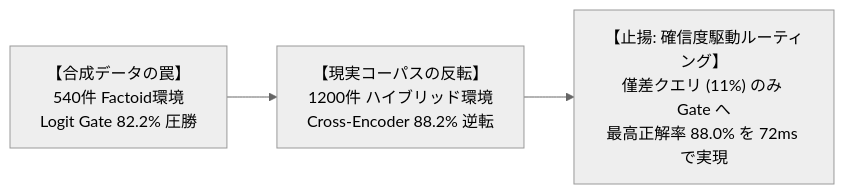
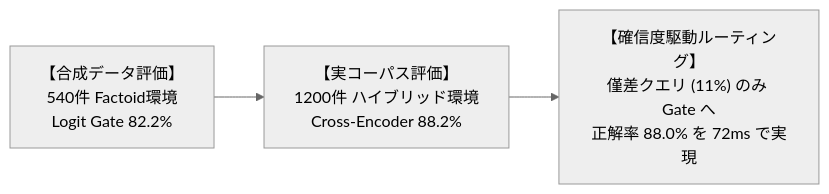
One commit to chottokun/embedding_jp_api changed the first of 2 diagrams in docs/infrastructure/benchmark_cascade_ruri_vs_embeddinggemma.md. Above: the diagram before and after it, drawn with Mermaid (neutral theme). The commit also changed other lines of this file and 6 other files, not shown here.

````diff
--- a/docs/infrastructure/benchmark_cascade_ruri_vs_embeddinggemma.md
+++ b/docs/infrastructure/benchmark_cascade_ruri_vs_embeddinggemma.md
@@ -42,5 +42,5 @@
 ```mermaid
 graph LR
-    A["【合成データの罠】<br/>540件 Factoid環境<br/>Logit Gate 82.2% 圧勝"] --> B["【現実コーパスの反転】<br/>1200件 ハイブリッド環境<br/>Cross-Encoder 88.2% 逆転"]
-    B --> C["【止揚: 確信度駆動ルーティング】<br/>僅差クエリ (11%) のみ Gate へ<br/>最高正解率 88.0% を 72ms で実現"]
+    A["【合成データ評価】<br/>540件 Factoid環境<br/>Logit Gate 82.2%"] --> B["【実コーパス評価】<br/>1200件 ハイブリッド環境<br/>Cross-Encoder 88.2%"]
+    B --> C["【確信度駆動ルーティング】<br/>僅差クエリ (11%) のみ Gate へ<br/>正解率 88.0% を 72ms で実現"]
 ```
````
